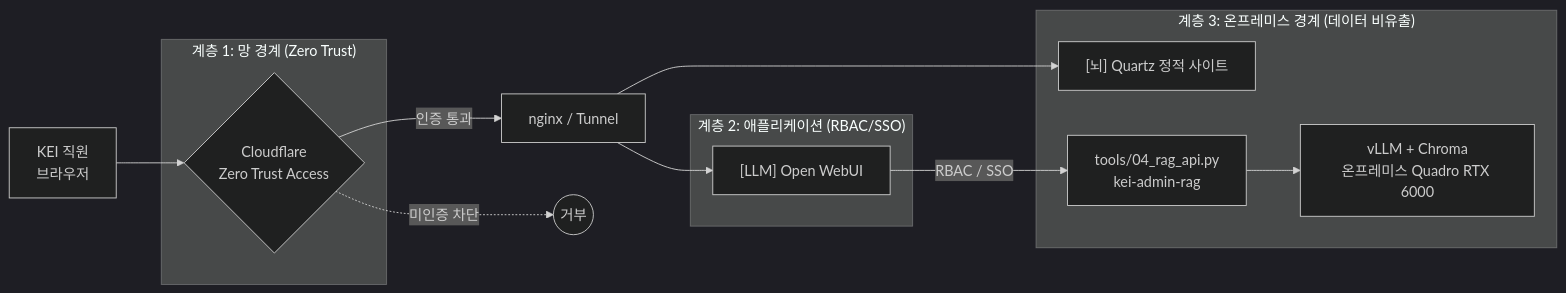
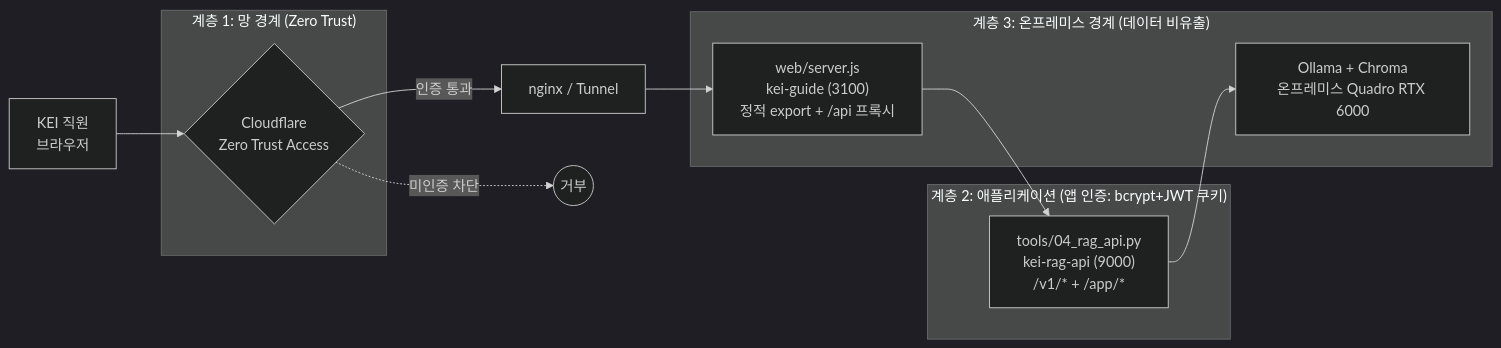
The first of 5 diagrams in docs/07-security-governance.md (mooner92/KEIAdminSuperv), drawn with Mermaid (dark theme) before and after one commit. The commit also changed other lines of this file and 13 other files, not shown here.

````diff
--- a/docs/07-security-governance.md
+++ b/docs/07-security-governance.md
@@ -32,22 +32,20 @@
 ```mermaid
 flowchart LR
     U[KEI 직원<br/>브라우저] --> CF{Cloudflare<br/>Zero Trust Access}
     CF -->|인증 통과| NG[nginx / Tunnel]
     CF -.->|미인증 차단| X((거부))
-    NG --> Q["[뇌] Quartz 정적 사이트"]
-    NG --> W["[LLM] Open WebUI"]
-    W -->|RBAC / SSO| RAG["tools/04_rag_api.py<br/>kei-admin-rag"]
-    RAG --> V["vLLM + Chroma<br/>온프레미스 Quadro RTX 6000"]
+    NG --> APP["web/server.js<br/>kei-guide (3100)<br/>정적 export + /api 프록시"]
+    APP --> RAG["tools/04_rag_api.py<br/>kei-rag-api (9000)<br/>/v1/* + /app/*"]
+    RAG --> V["Ollama + Chroma<br/>온프레미스 Quadro RTX 6000"]
 
     subgraph 망경계["계층 1: 망 경계 (Zero Trust)"]
         CF
     end
-    subgraph 앱["계층 2: 애플리케이션 (RBAC/SSO)"]
-        W
+    subgraph 앱["계층 2: 애플리케이션 (앱 인증: bcrypt+JWT 쿠키)"]
+        RAG
     end
     subgraph 온프렘["계층 3: 온프레미스 경계 (데이터 비유출)"]
-        Q
-        RAG
+        APP
         V
     end
 ```
````
